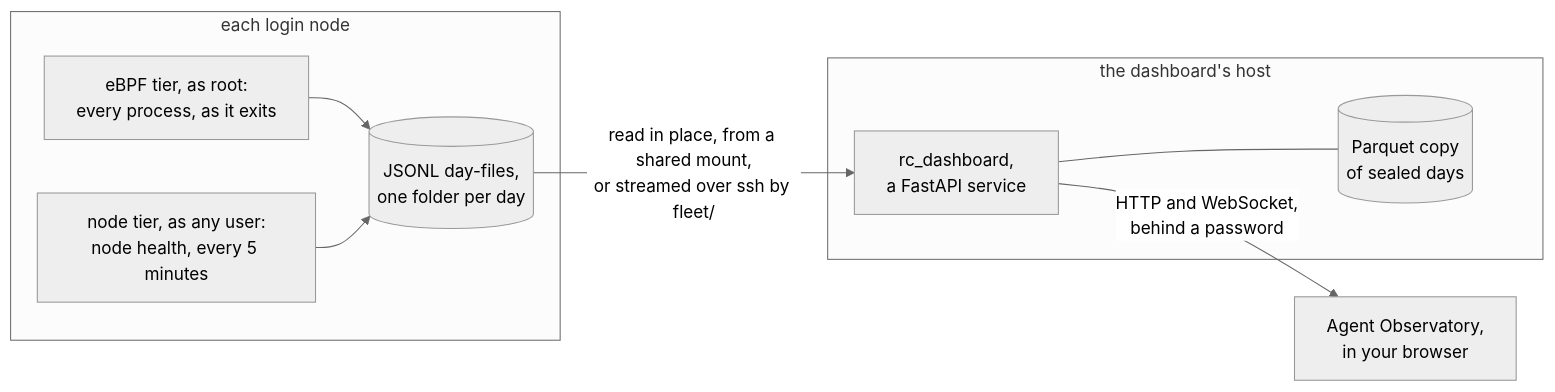
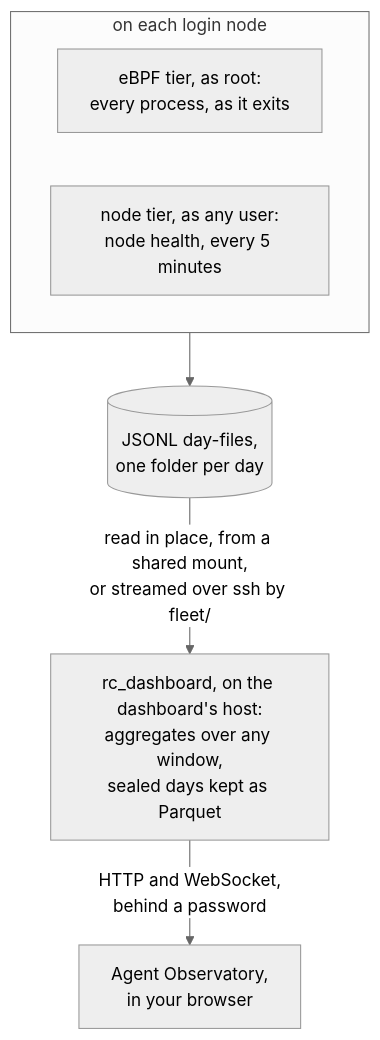
Before and after one commit to HarvardMadSys/agentic-hpc-dashboard: the diagram in README.md, drawn with Mermaid (neutral theme). The commit also changed other lines of this file, not shown here.

First line of the commit message:
Docs: the README's header tidied, and its diagram drawn top to bottom

````diff
--- a/README.md
+++ b/README.md
@@ -35,17 +39,14 @@
 ```mermaid
-flowchart LR
-    subgraph login["each login node"]
+flowchart TB
+    subgraph login["on each login node"]
+        direction LR
         ebpf["eBPF tier, as root:<br/>every process, as it exits"]
         nodetier["node tier, as any user:<br/>node health, every 5 minutes"]
-        files[("JSONL day-files,<br/>one folder per day")]
-        ebpf --> files
-        nodetier --> files
     end
-    subgraph host["the dashboard's host"]
-        svc["rc_dashboard,<br/>a FastAPI service"]
-        pq[("Parquet copy<br/>of sealed days")]
-        svc --- pq
-    end
+    files[("JSONL day-files,<br/>one folder per day")]
+    svc["rc_dashboard, on the dashboard's host:<br/>aggregates over any window,<br/>sealed days kept as Parquet"]
+    page["Agent Observatory,<br/>in your browser"]
+    login --> files
     files -->|"read in place, from a shared mount,<br/>or streamed over ssh by fleet/"| svc
-    svc -->|"HTTP and WebSocket,<br/>behind a password"| page["Agent Observatory,<br/>in your browser"]
+    svc -->|"HTTP and WebSocket,<br/>behind a password"| page
 ```
````
